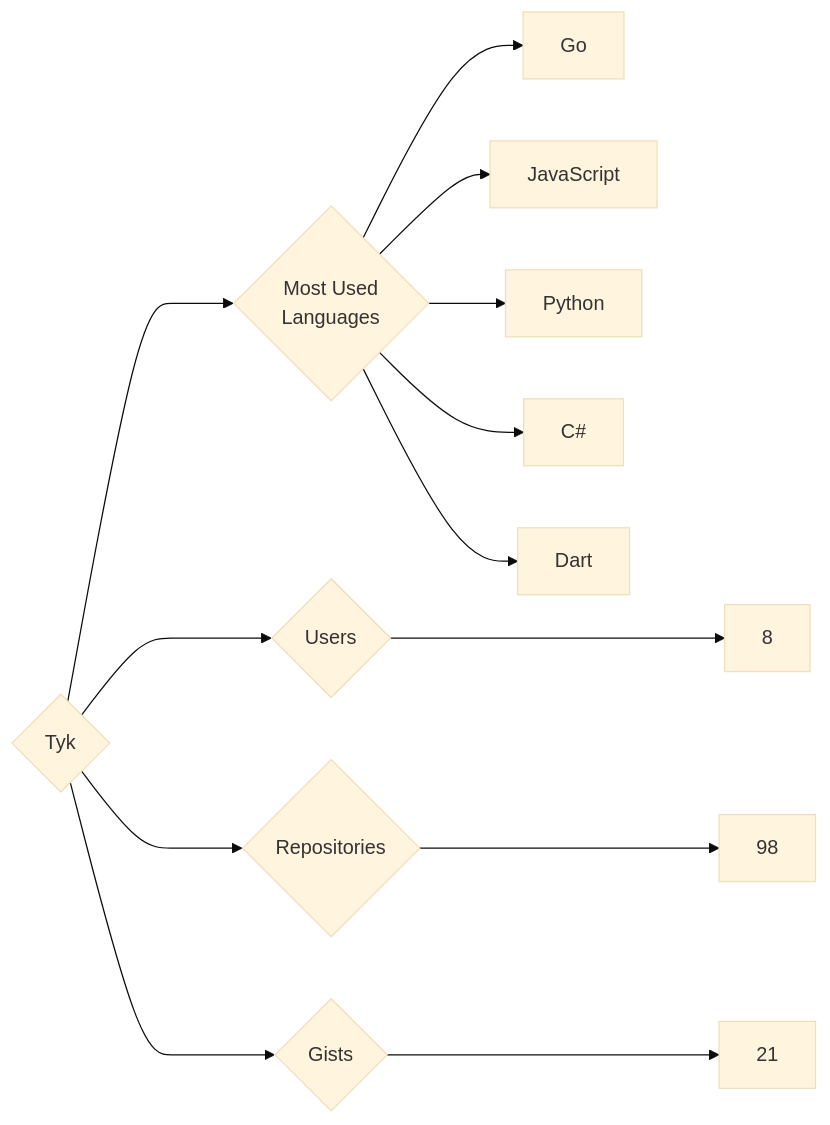
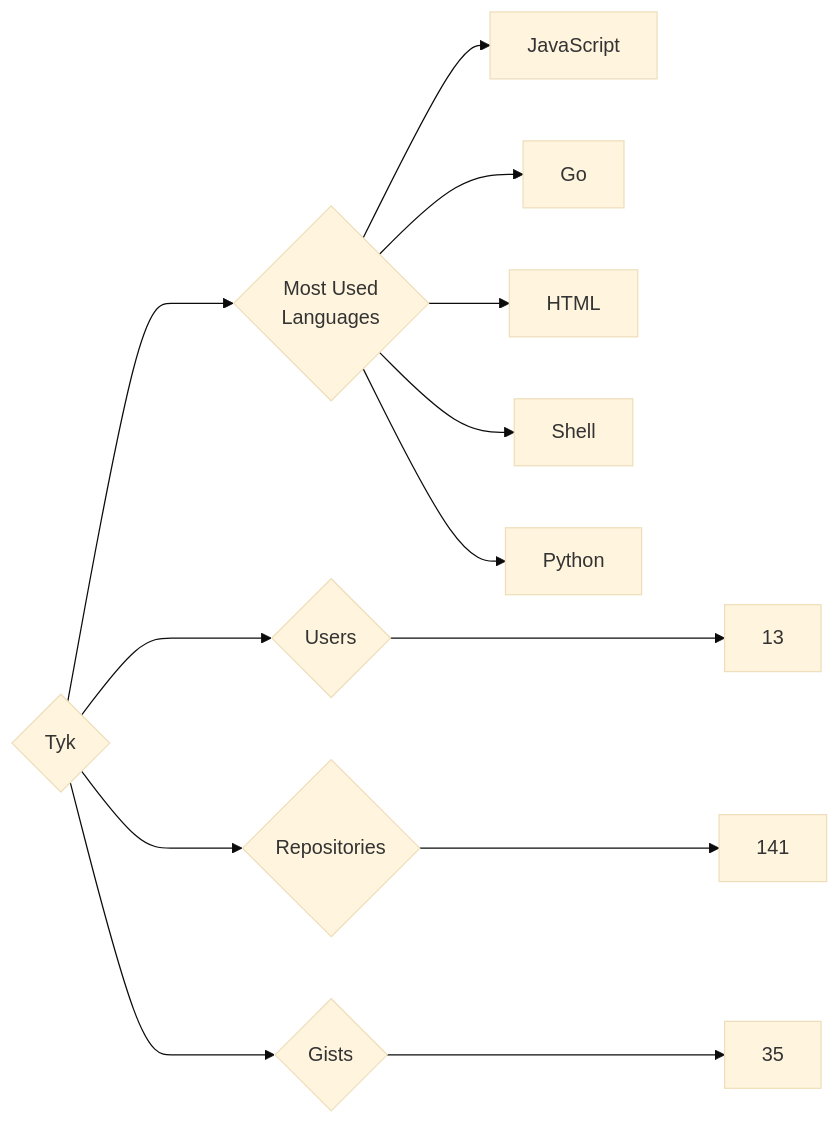
The diagram in targets/Tyk/README.md (trickest/insiders), drawn with Mermaid (base theme) before and after one commit. The commit also changed 799 other files, not shown here.

````diff
--- a/targets/Tyk/README.md
+++ b/targets/Tyk/README.md
@@ -3,13 +3,13 @@
 ```mermaid
 graph LR
 COMPANY_NAME{Tyk}
-COMPANY_NAME ---> U{Users} ---> UN[8]
-COMPANY_NAME ---> R{Repositories} ---> RN[98]
-COMPANY_NAME ---> G{Gists} ---> GN[21]
+COMPANY_NAME ---> U{Users} ---> UN[13]
+COMPANY_NAME ---> R{Repositories} ---> RN[141]
+COMPANY_NAME ---> G{Gists} ---> GN[35]
 COMPANY_NAME ---> ML{Most Used<br>Languages}
+ML --> JavaScript[JavaScript]
 ML --> Go[Go]
-ML --> JavaScript[JavaScript]
+ML --> HTML[HTML]
+ML --> Shell[Shell]
 ML --> Python[Python]
-ML --> C#[C#]
-ML --> Dart[Dart]
 ```
````
